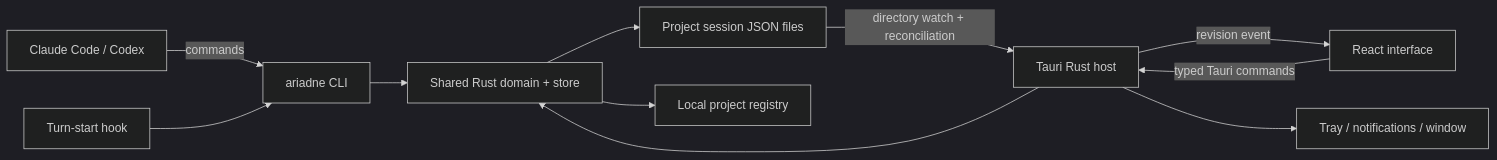
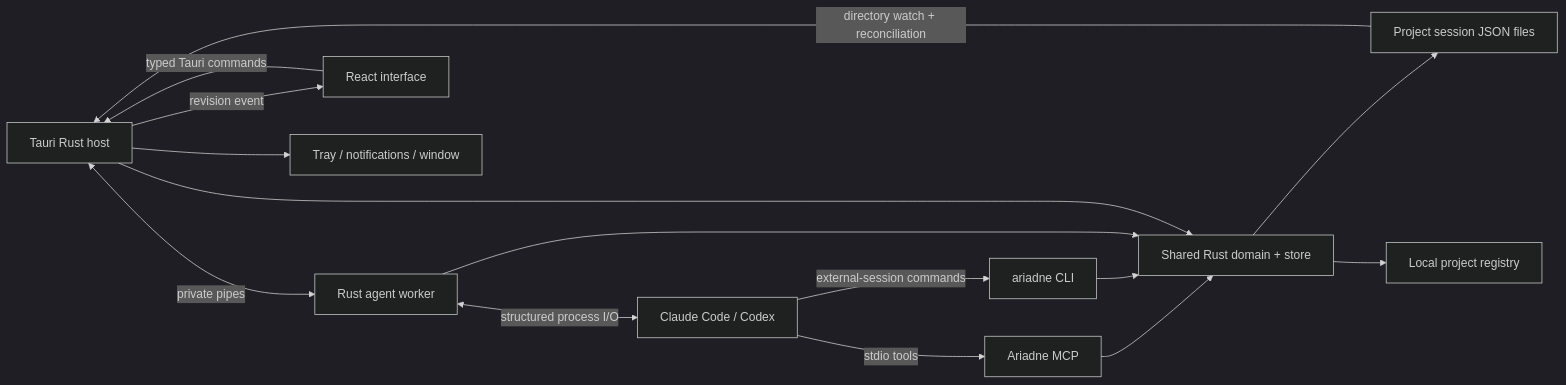
One commit to kartiksayani/ariadne changed the diagram in docs/planning/ARCHITECTURE.md. Above: the diagram before and after it, drawn with Mermaid (dark theme). The commit also changed other lines of this file and 10 other files, not shown here.

Commit message:
docs: plan Claude-first managed sessions and Codex runtime parity

````diff
--- a/docs/planning/ARCHITECTURE.md
+++ b/docs/planning/ARCHITECTURE.md
@@ -7,13 +7,17 @@
 ```mermaid
 flowchart LR
-    C[Claude Code / Codex] -->|commands| CLI[ariadne CLI]
-    H[Turn-start hook] --> CLI
+    APP[Tauri Rust host] <-->|private pipes| RUN[Rust agent worker]
+    RUN <-->|structured process I/O| C[Claude Code / Codex]
+    C -->|stdio tools| MCP[Ariadne MCP]
+    C -->|external-session commands| CLI[ariadne CLI]
+    MCP --> CORE[Shared Rust domain + store]
     CLI --> CORE[Shared Rust domain + store]
-    UI[React interface] -->|typed Tauri commands| APP[Tauri Rust host]
+    UI[React interface] -->|typed Tauri commands| APP
+    RUN --> CORE
     APP --> CORE
     CORE --> JSON[Project session JSON files]
     JSON -->|directory watch + reconciliation| APP
     APP -->|revision event| UI
     APP --> MAC[Tray / notifications / window]
     CORE --> REG[Local project registry]
 ```
````
